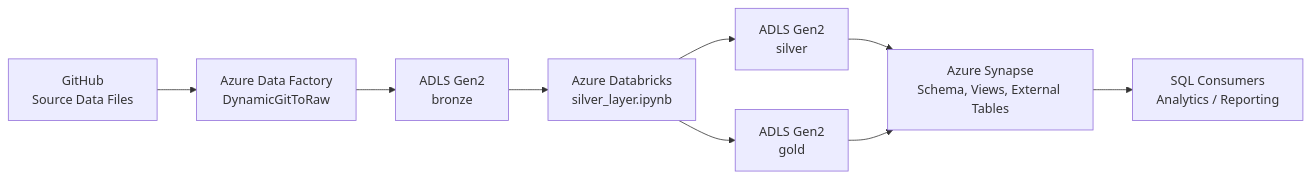
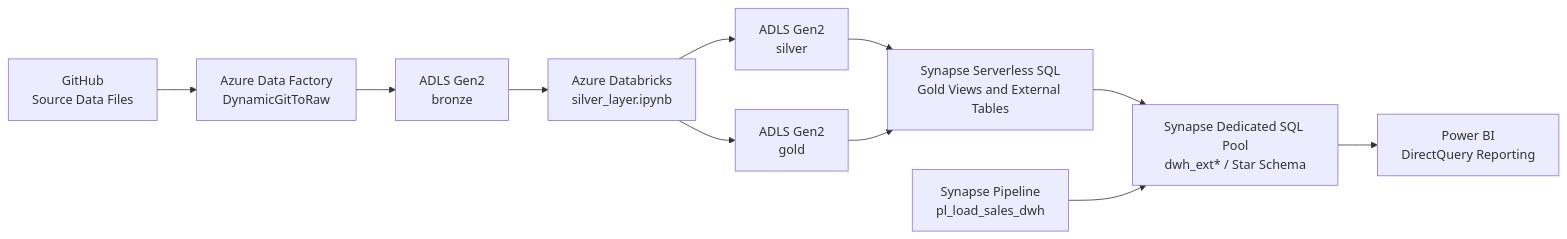
Before and after one commit to PiyushGaidhani/Azure-DataEngineering-Project: the diagram in docs/diagrams/architecture-diagram.md, drawn with Mermaid. The commit also changed 1 other file, not shown here.

Commit message:
Update architecture docs for warehouse flow

````diff
--- a/docs/diagrams/architecture-diagram.md
+++ b/docs/diagrams/architecture-diagram.md
@@ -5,11 +5,13 @@
 ```mermaid
 flowchart LR
     GH[GitHub\nSource Data Files] --> ADF[Azure Data Factory\nDynamicGitToRaw]
     ADF --> B[ADLS Gen2\nbronze]
     B --> DB[Azure Databricks\nsilver_layer.ipynb]
     DB --> S[ADLS Gen2\nsilver]
     DB --> G[ADLS Gen2\ngold]
-    S --> SYN[Azure Synapse\nSchema, Views, External Tables]
-    G --> SYN
-    SYN --> C[SQL Consumers\nAnalytics / Reporting]
+    S --> SYNS[Synapse Serverless SQL\nGold Views and External Tables]
+    G --> SYNS
+    SYNS --> DW[Synapse Dedicated SQL Pool\ndwh_ext* / Star Schema]
+    PL[Synapse Pipeline\npl_load_sales_dwh] --> DW
+    DW --> PBI[Power BI\nDirectQuery Reporting]
 ```
````
